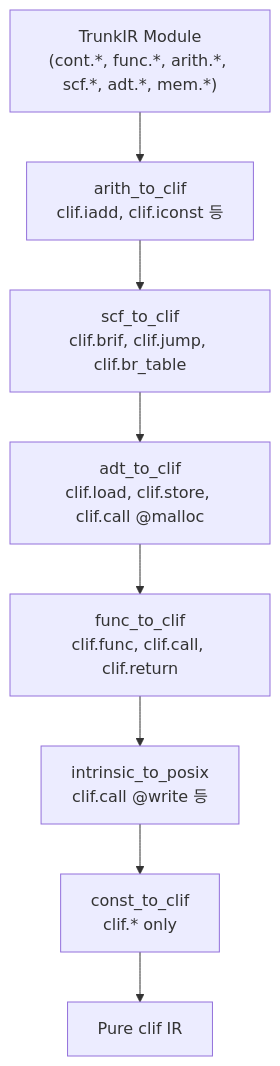
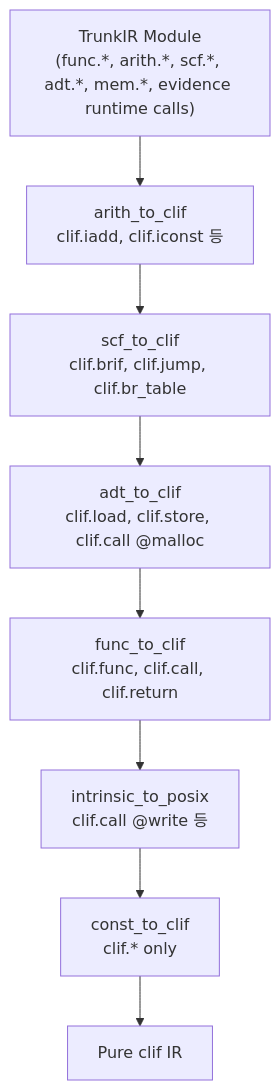
The diagram in new-plans/lowering.md (Kroisse/tribute), drawn with Mermaid before and after one commit. The commit also changed 7 other files, not shown here.

````diff
--- a/new-plans/lowering.md
+++ b/new-plans/lowering.md
@@ -790,13 +790,13 @@
 ```mermaid
 flowchart TB
-    input["TrunkIR Module\n(cont.*, func.*, arith.*, scf.*, adt.*, mem.*)"]
+    input["TrunkIR Module\n(func.*, arith.*, scf.*, adt.*, mem.*, evidence runtime calls)"]
     arith["arith_to_clif\nclif.iadd, clif.iconst 등"]
     scf["scf_to_clif\nclif.brif, clif.jump, clif.br_table"]
     adt["adt_to_clif\nclif.load, clif.store, clif.call @malloc"]
     func["func_to_clif\nclif.func, clif.call, clif.return"]
     intrinsic["intrinsic_to_posix\nclif.call @write 등"]
     const_pass["const_to_clif\nclif.* only"]
     output["Pure clif IR"]
 
     input --> arith --> scf --> adt --> func --> intrinsic --> const_pass --> output
 ```
````
